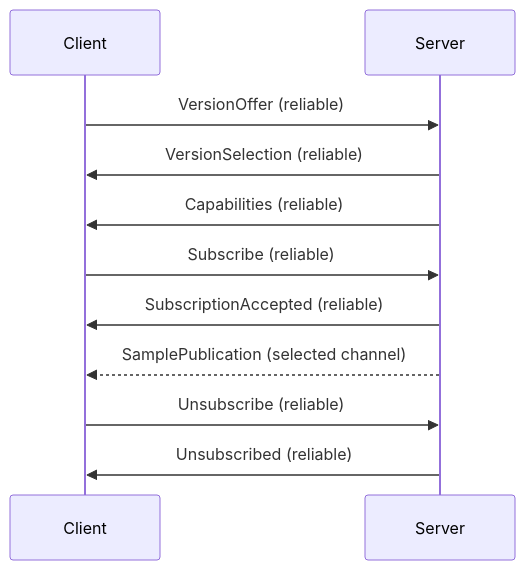
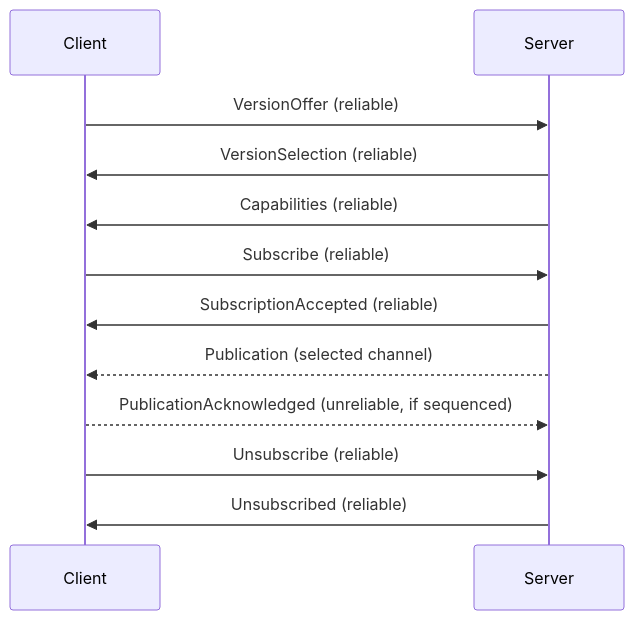
Before and after one commit to mickvangelderen/teleoperator: the diagram in protocol/overview.md, drawn with Mermaid. The commit also changed other lines of this file and 31 other files, not shown here.

````diff
--- a/protocol/overview.md
+++ b/protocol/overview.md
@@ -27,13 +27,14 @@
 ```mermaid
 sequenceDiagram
     participant C as Client
     participant S as Server
     C->>S: VersionOffer (reliable)
     S->>C: VersionSelection (reliable)
     S->>C: Capabilities (reliable)
     C->>S: Subscribe (reliable)
     S->>C: SubscriptionAccepted (reliable)
-    S-->>C: SamplePublication (selected channel)
+    S-->>C: Publication (selected channel)
+    C-->>S: PublicationAcknowledged (unreliable, if sequenced)
     C->>S: Unsubscribe (reliable)
     S->>C: Unsubscribed (reliable)
 ```
````
